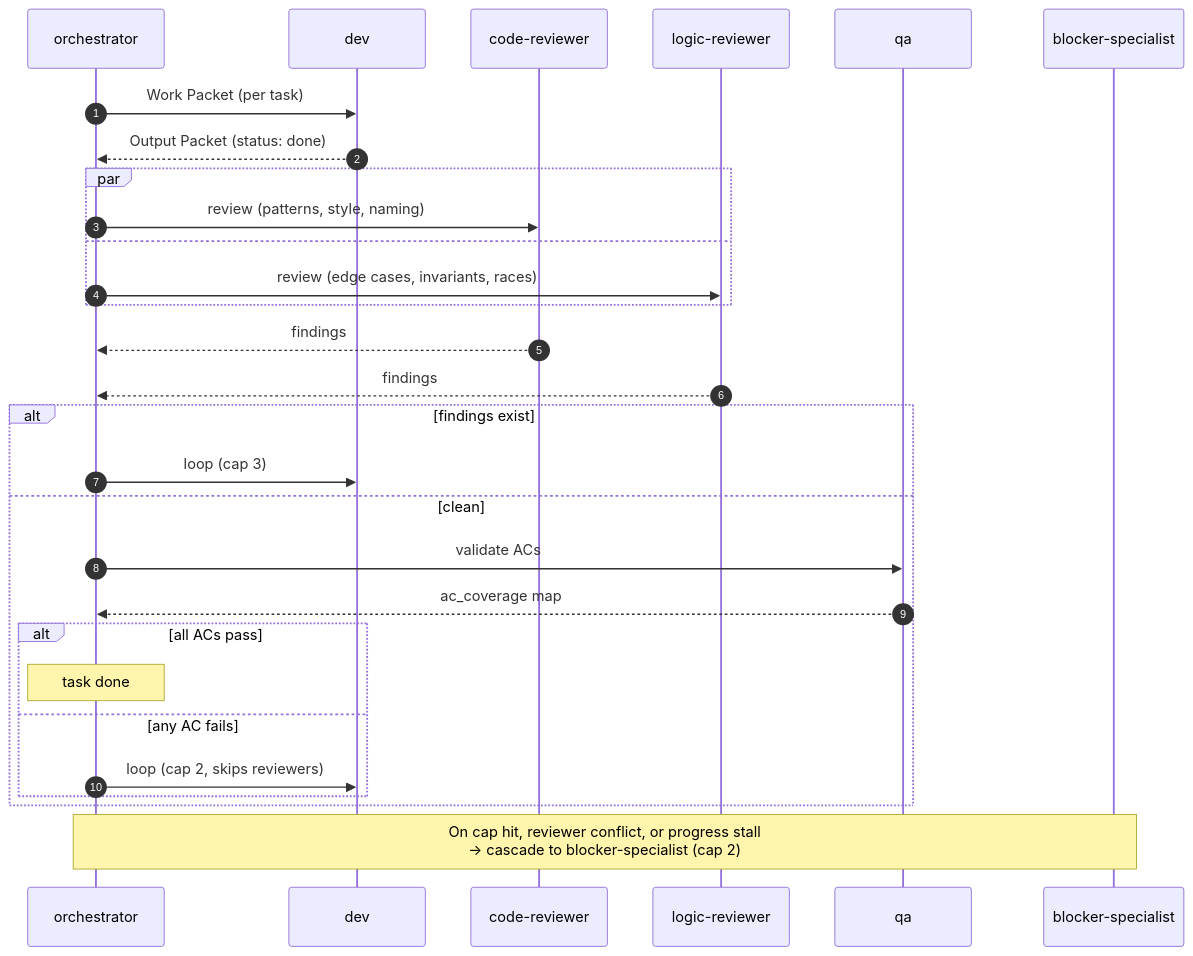
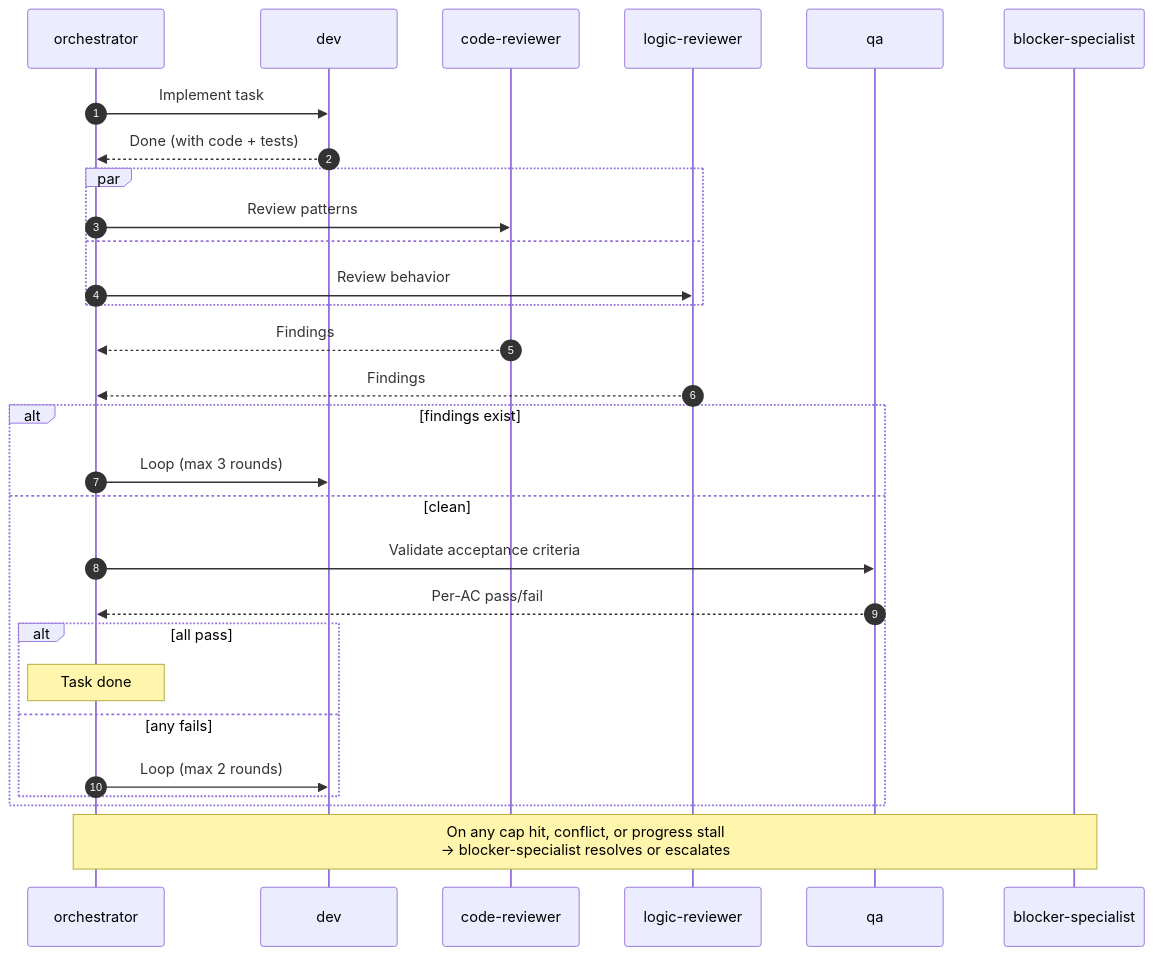
Before and after one commit to gaabscps/ai-squad: the second of 2 diagrams in README.md, drawn with Mermaid. The commit also changed other lines of this file, not shown here.

````diff
--- a/README.md
+++ b/README.md
@@ -49,32 +110,32 @@
 ```mermaid
 sequenceDiagram
     autonumber
     participant O as orchestrator
     participant D as dev
     participant CR as code-reviewer
     participant LR as logic-reviewer
     participant Q as qa
     participant B as blocker-specialist
 
-    O->>D: Work Packet (per task)
-    D-->>O: Output Packet (status: done)
+    O->>D: Implement task
+    D-->>O: Done (with code + tests)
     par
-        O->>CR: review (patterns, style, naming)
+        O->>CR: Review patterns
     and
-        O->>LR: review (edge cases, invariants, races)
+        O->>LR: Review behavior
     end
-    CR-->>O: findings
-    LR-->>O: findings
+    CR-->>O: Findings
+    LR-->>O: Findings
     alt findings exist
-        O->>D: loop (cap 3)
+        O->>D: Loop (max 3 rounds)
     else clean
-        O->>Q: validate ACs
-        Q-->>O: ac_coverage map
-        alt all ACs pass
-            Note over O: task done
-        else any AC fails
-            O->>D: loop (cap 2, skips reviewers)
+        O->>Q: Validate acceptance criteria
+        Q-->>O: Per-AC pass/fail
+        alt all pass
+            Note over O: Task done
+        else any fails
+            O->>D: Loop (max 2 rounds)
         end
     end
-    Note over O,B: On cap hit, reviewer conflict, or progress stall<br/>→ cascade to blocker-specialist (cap 2)
+    Note over O,B: On any cap hit, conflict, or progress stall<br/>→ blocker-specialist resolves or escalates
 ```
````
